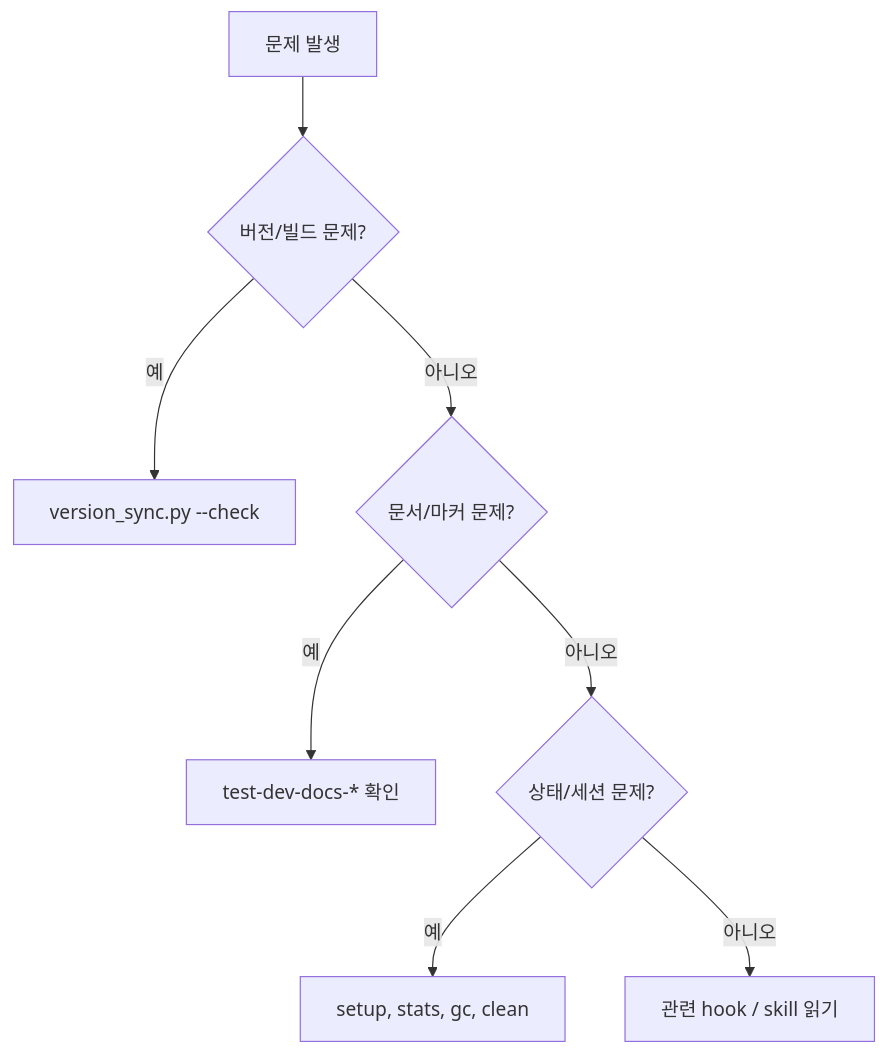
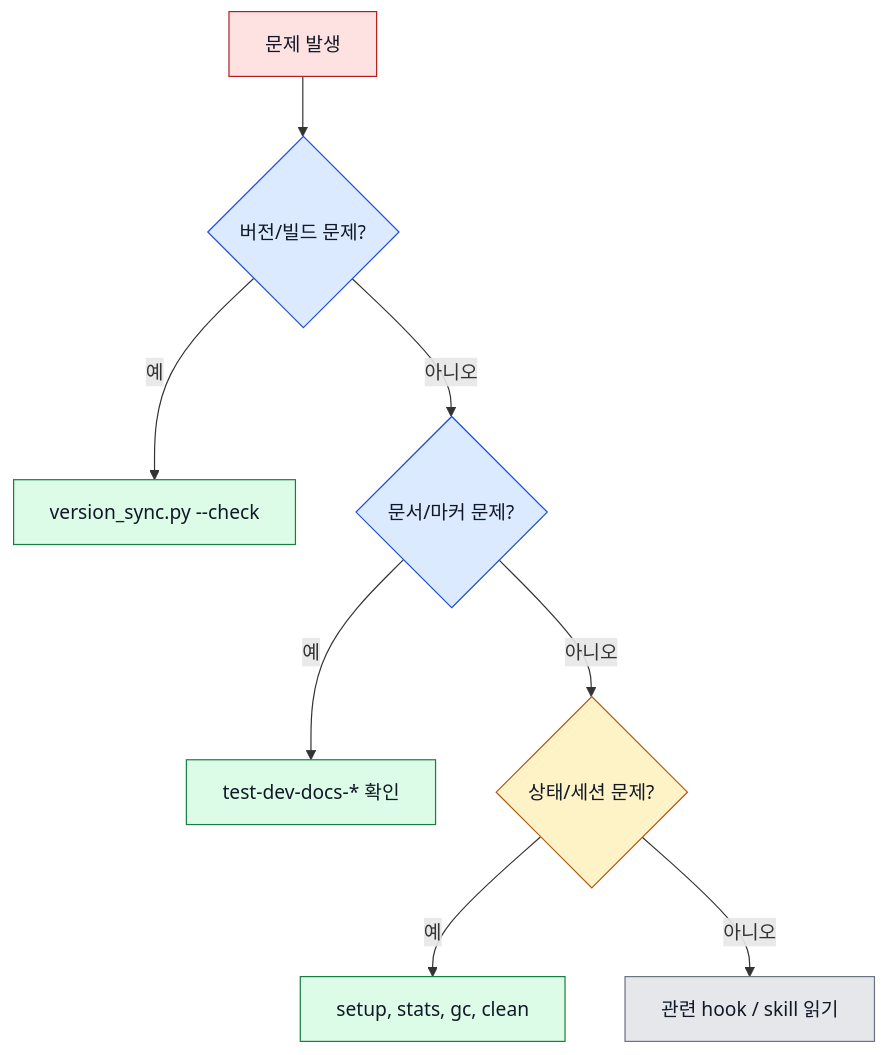
One commit to Jimmy-Jung/ai-symbiote changed the diagram in docs/06-문제해결-가이드.md. Above: the diagram before and after it, drawn with Mermaid. The commit also changed 10 other files, not shown here.

Commit message:
docs(mermaid): 다이어그램 대비 색상 개선

````diff
--- a/docs/06-문제해결-가이드.md
+++ b/docs/06-문제해결-가이드.md
@@ -8,10 +8,19 @@
 ```mermaid
 flowchart TD
     A["문제 발생"] --> B{"버전/빌드 문제?"}
     B -->|"예"| C["version_sync.py --check"]
     B -->|"아니오"| D{"문서/마커 문제?"}
     D -->|"예"| E["test-dev-docs-* 확인"]
     D -->|"아니오"| F{"상태/세션 문제?"}
     F -->|"예"| G["setup, stats, gc, clean"]
     F -->|"아니오"| H["관련 hook / skill 읽기"]
+
+    style A fill:#fee2e2,stroke:#b91c1c,color:#111827
+    style B fill:#dbeafe,stroke:#1d4ed8,color:#111827
+    style C fill:#dcfce7,stroke:#15803d,color:#111827
+    style D fill:#dbeafe,stroke:#1d4ed8,color:#111827
+    style E fill:#dcfce7,stroke:#15803d,color:#111827
+    style F fill:#fef3c7,stroke:#b45309,color:#111827
+    style G fill:#dcfce7,stroke:#15803d,color:#111827
+    style H fill:#e5e7eb,stroke:#6b7280,color:#111827
 ```
````
